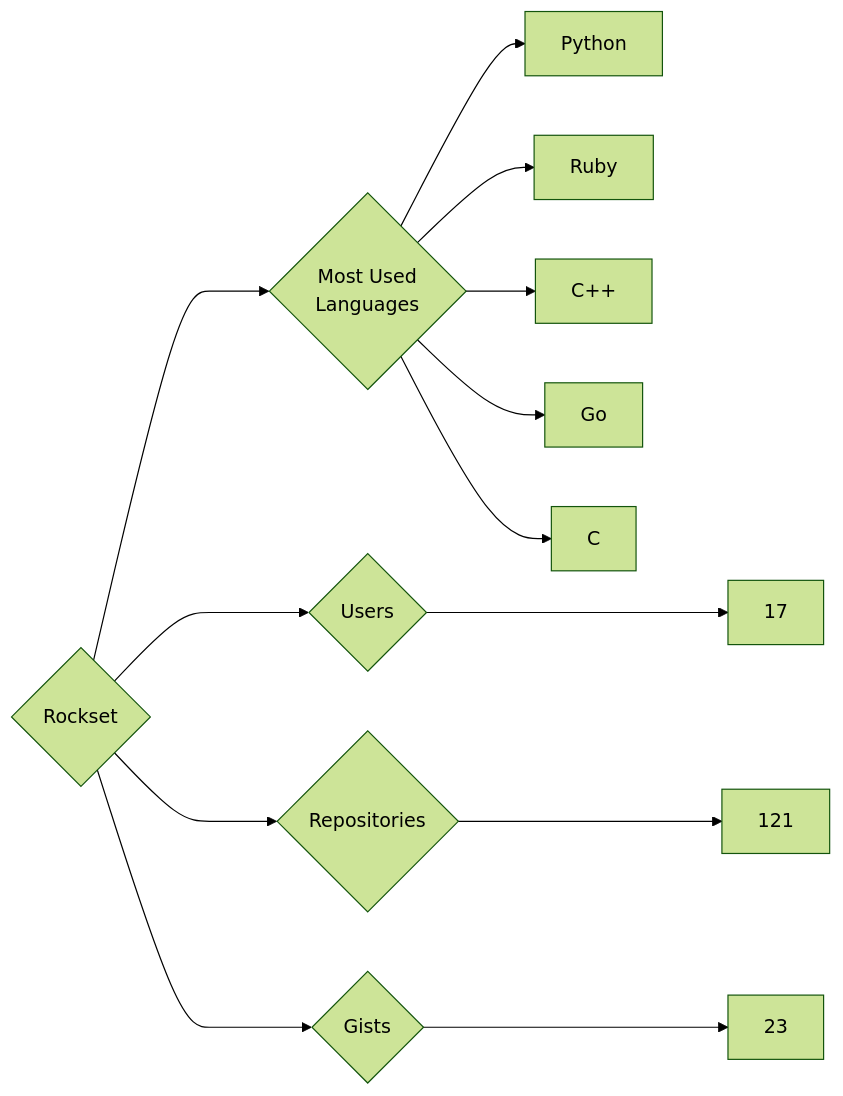
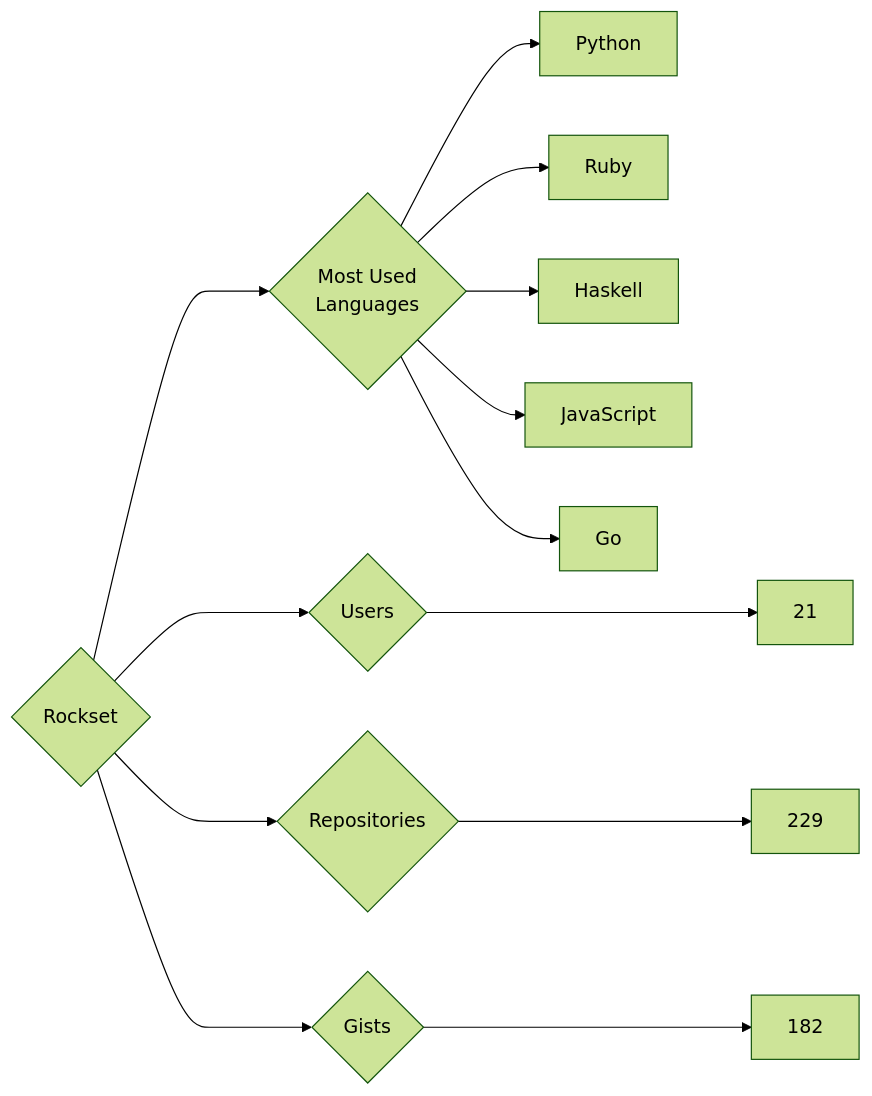
The diagram in targets/Rockset/README.md (trickest/insiders), drawn with Mermaid (forest theme) before and after one commit. The commit also changed 1508 other files, not shown here.

````diff
--- a/targets/Rockset/README.md
+++ b/targets/Rockset/README.md
@@ -3,13 +3,13 @@
 ```mermaid
 graph LR
 COMPANY_NAME{Rockset}
-COMPANY_NAME ---> U{Users} ---> UN[17]
-COMPANY_NAME ---> R{Repositories} ---> RN[121]
-COMPANY_NAME ---> G{Gists} ---> GN[23]
+COMPANY_NAME ---> U{Users} ---> UN[21]
+COMPANY_NAME ---> R{Repositories} ---> RN[229]
+COMPANY_NAME ---> G{Gists} ---> GN[182]
 COMPANY_NAME ---> ML{Most Used<br>Languages}
 ML --> Python[Python]
 ML --> Ruby[Ruby]
-ML --> C++[C++]
+ML --> Haskell[Haskell]
+ML --> JavaScript[JavaScript]
 ML --> Go[Go]
-ML --> C[C]
 ```
````
